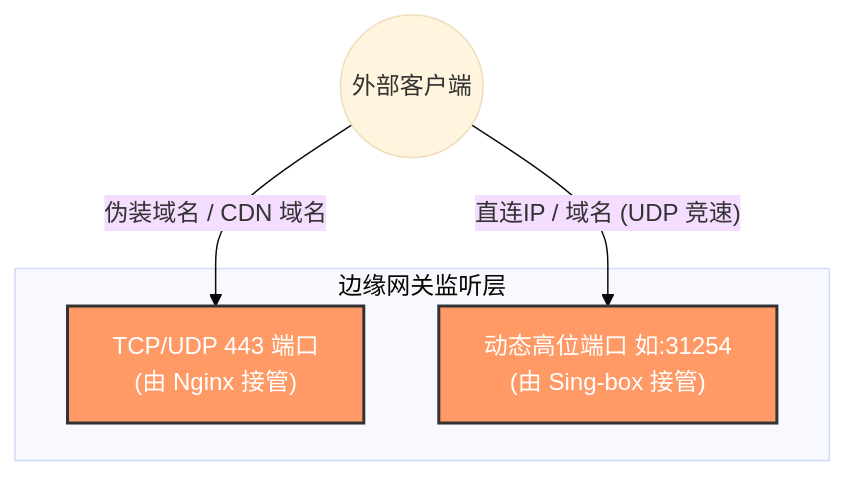
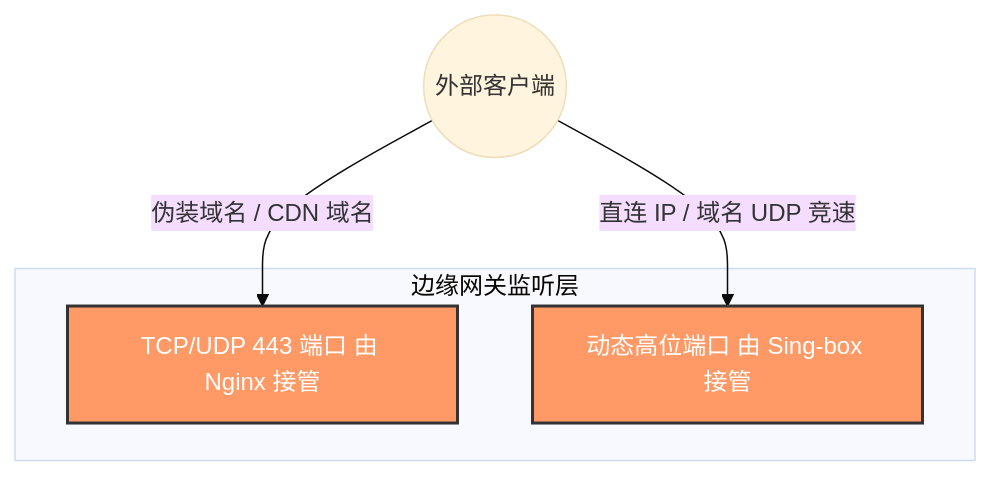
One commit to currycan/key changed the second of 9 diagrams in docker/sb-xray/docs/01-architecture-and-traffic.md. Above: the diagram before and after it, drawn with Mermaid (base theme). The commit also changed other lines of this file and 16 other files, not shown here.

````diff
--- a/docker/sb-xray/docs/01-architecture-and-traffic.md
+++ b/docker/sb-xray/docs/01-architecture-and-traffic.md
@@ -32,11 +121,11 @@
 ```mermaid
 graph TD
     User((外部客户端))
     subgraph 边缘网关监听层
-        P443["TCP/UDP 443 端口<br/>(由 Nginx 接管)"]:::entry
-        PHigh["动态高位端口 如:31254<br/>(由 Sing-box 接管)"]:::entry
+        P443["TCP/UDP 443 端口 由 Nginx 接管"]:::entry
+        PHigh["动态高位端口 由 Sing-box 接管"]:::entry
     end
-    User -->|伪装域名 / CDN 域名| P443
-    User -->|"直连IP / 域名 (UDP 竞速)"| PHigh
-    classDef entry fill:#f96,stroke:#333,stroke-width:2px,color:white;
+    User -->|"伪装域名 / CDN 域名"| P443
+    User -->|"直连 IP / 域名 UDP 竞速"| PHigh
+    classDef entry fill:#f96,stroke:#333,stroke-width:2px,color:white
 ```
````
